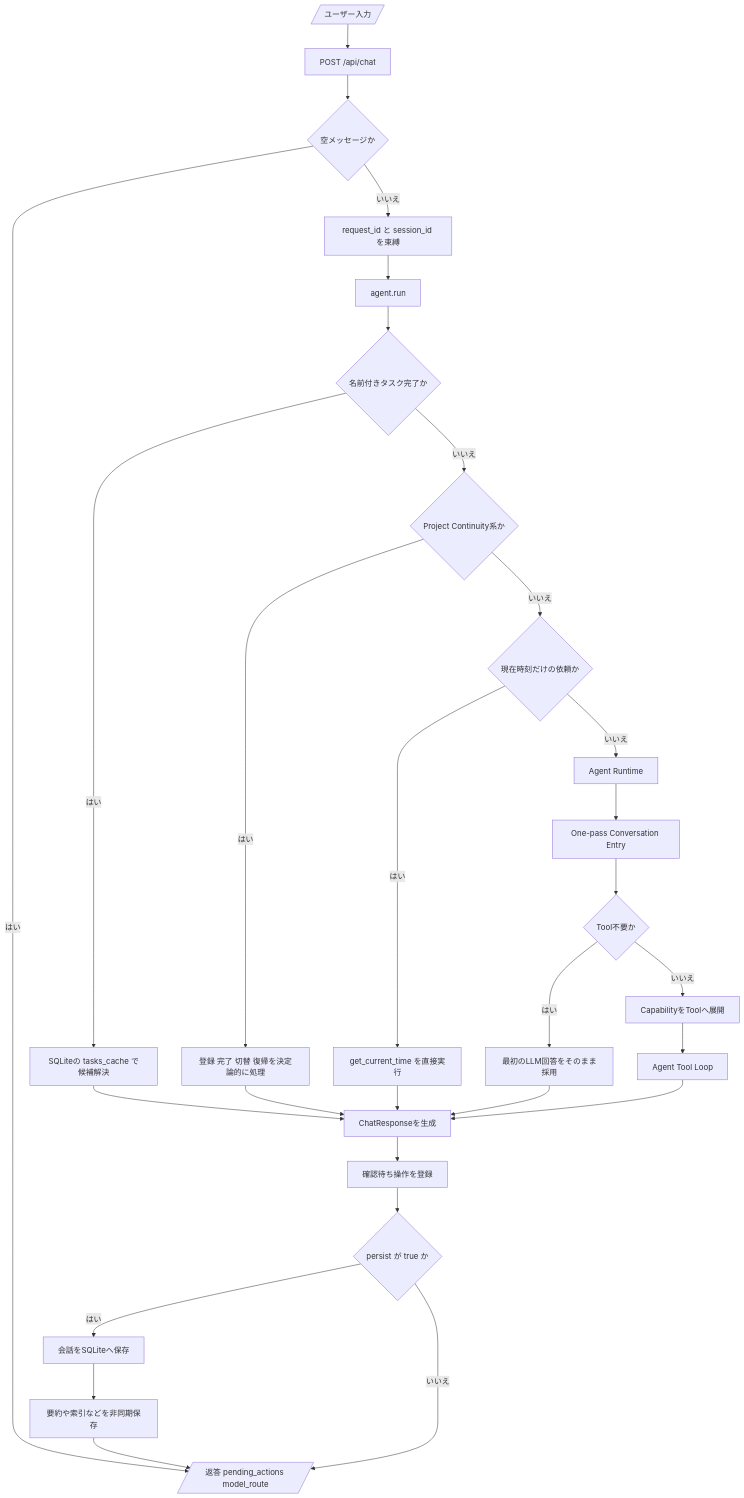
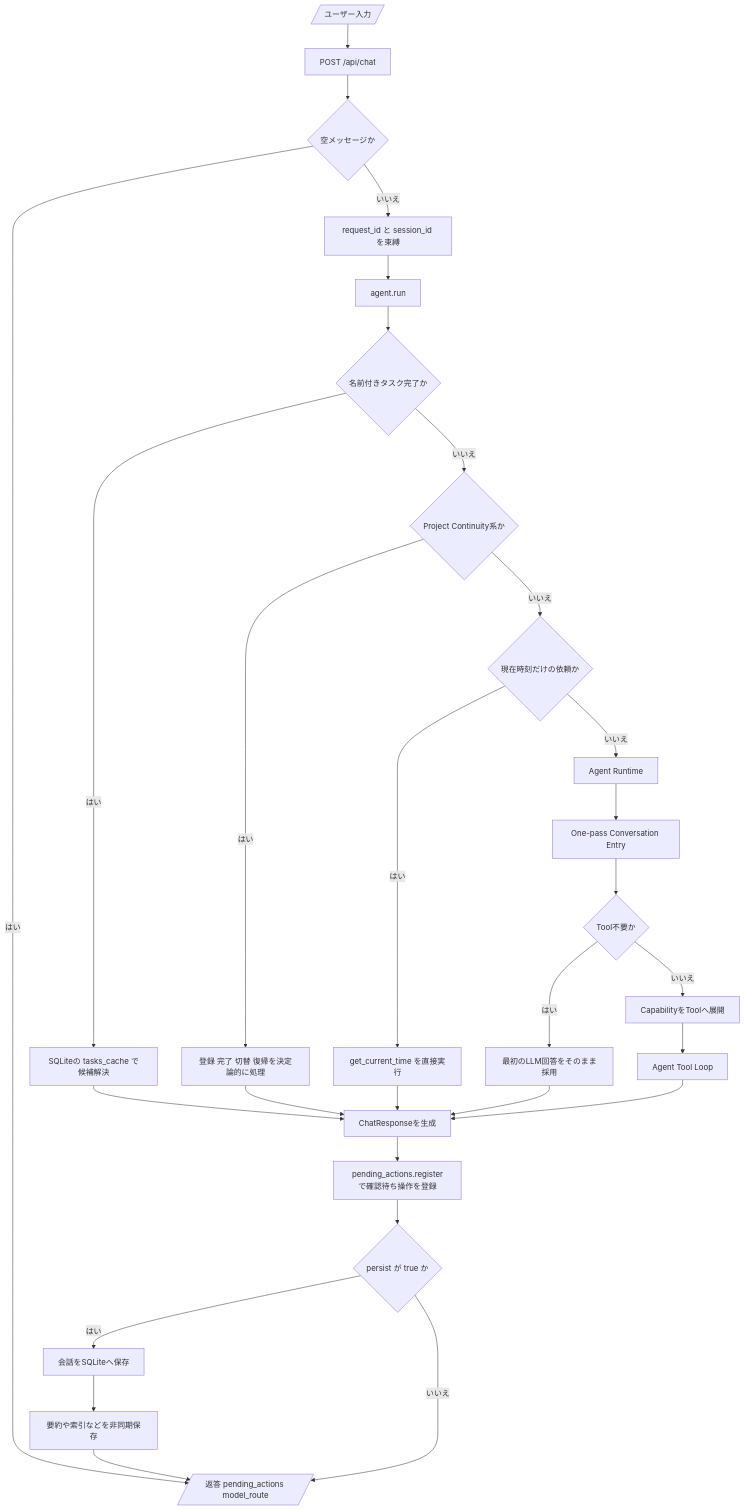
Before and after one commit to Soso2e/PETIT: the first of 13 diagrams in docs/runtime-flows.md, drawn with Mermaid. The commit also changed other lines of this file, not shown here.

Commit message:
docs: Pending Action分離をRuntime Flowへ反映

````diff
--- a/docs/runtime-flows.md
+++ b/docs/runtime-flows.md
@@ -25,45 +27,45 @@
 ```mermaid
 flowchart TD
     input[/ユーザー入力/]
     api[POST /api/chat]
     validate{空メッセージか}
     bind[request_id と session_id を束縛]
     agentEntry[agent.run]
 
     namedTask{名前付きタスク完了か}
     namedTaskRoute[SQLiteの tasks_cache で候補解決]
     projectRoute{Project Continuity系か}
     projectHandle[登録 完了 切替 復帰を決定論的に処理]
     exactTime{現在時刻だけの依頼か}
     timeTool[get_current_time を直接実行]
 
     runtime[Agent Runtime]
     entry[One-pass Conversation Entry]
     entryResult{Tool不要か}
     directReply[最初のLLM回答をそのまま採用]
     capability[CapabilityをToolへ展開]
     agentLoop[Agent Tool Loop]
 
     response[ChatResponseを生成]
-    pending[確認待ち操作を登録]
+    pending[pending_actions.registerで確認待ち操作を登録]
     persist{persist が true か}
     save[会話をSQLiteへ保存]
     artifacts[要約や索引などを非同期保存]
     output[/返答 pending_actions model_route/]
 
     input --> api --> validate
     validate -->|はい| output
     validate -->|いいえ| bind --> agentEntry
     agentEntry --> namedTask
     namedTask -->|はい| namedTaskRoute --> response
     namedTask -->|いいえ| projectRoute
     projectRoute -->|はい| projectHandle --> response
     projectRoute -->|いいえ| exactTime
     exactTime -->|はい| timeTool --> response
     exactTime -->|いいえ| runtime --> entry --> entryResult
     entryResult -->|はい| directReply --> response
     entryResult -->|いいえ| capability --> agentLoop --> response
     response --> pending --> persist
     persist -->|はい| save --> artifacts --> output
     persist -->|いいえ| output
 ```
````
